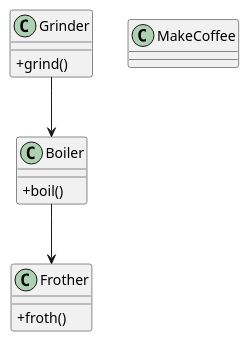
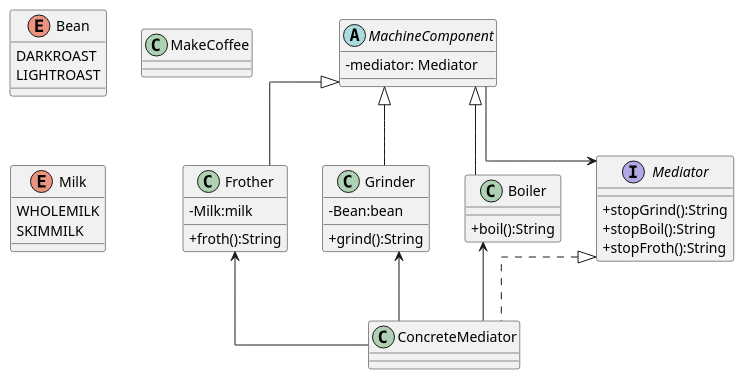
Before and after one commit to CarraigMcNulty/SDP_Mediator: the diagram in src/CoffeeMaker.puml, drawn with PlantUML. The commit also changed 9 other files, not shown here.

Commit message:
Code Refactor Implementation of the Mediator design pattern Refactoring final strings to enums Adding attributes to Frother and Grinder Classes

```diff
--- a/src/CoffeeMaker.puml
+++ b/src/CoffeeMaker.puml
@@ -1,25 +1,62 @@
 @startuml
 skinparam classAttributeIconSize 0
-
+skinparam linetype ortho
+Enum Bean
+Class MakeCoffee
+Enum Milk
+Class Frother
 Class Grinder
 Class Boiler
-Class Frother
-Class MakeCoffee
+Class ConcreteMediator
+Interface Mediator
+Abstract Class MachineComponent
 
-Grinder --> Boiler
-Boiler --> Frother
+
+
+MachineComponent --> Mediator
+Mediator <|.. ConcreteMediator
+Frother <-- ConcreteMediator
+Grinder <-- ConcreteMediator
+Boiler  <--ConcreteMediator
+
+
+MachineComponent <|-- Grinder
+MachineComponent <|-- Boiler
+MachineComponent <|-- Frother
+
+Abstract Class MachineComponent {
+-mediator: Mediator
+}
+
+Interface Mediator{
++stopGrind():String
++stopBoil():String
++stopFroth():String
+}
 
 Class Grinder {
-+grind()
+-Bean:bean
++grind():String
+}
+
+Enum Bean {
+DARKROAST
+LIGHTROAST
+}
+
+Enum Milk {
+WHOLEMILK
+SKIMMILK
 }
 
 Class Boiler {
-+boil()
++boil():String
 }
 
 Class Frother {
-+froth()
+-Milk:milk
++froth():String
 }
 
 
 @enduml
```
